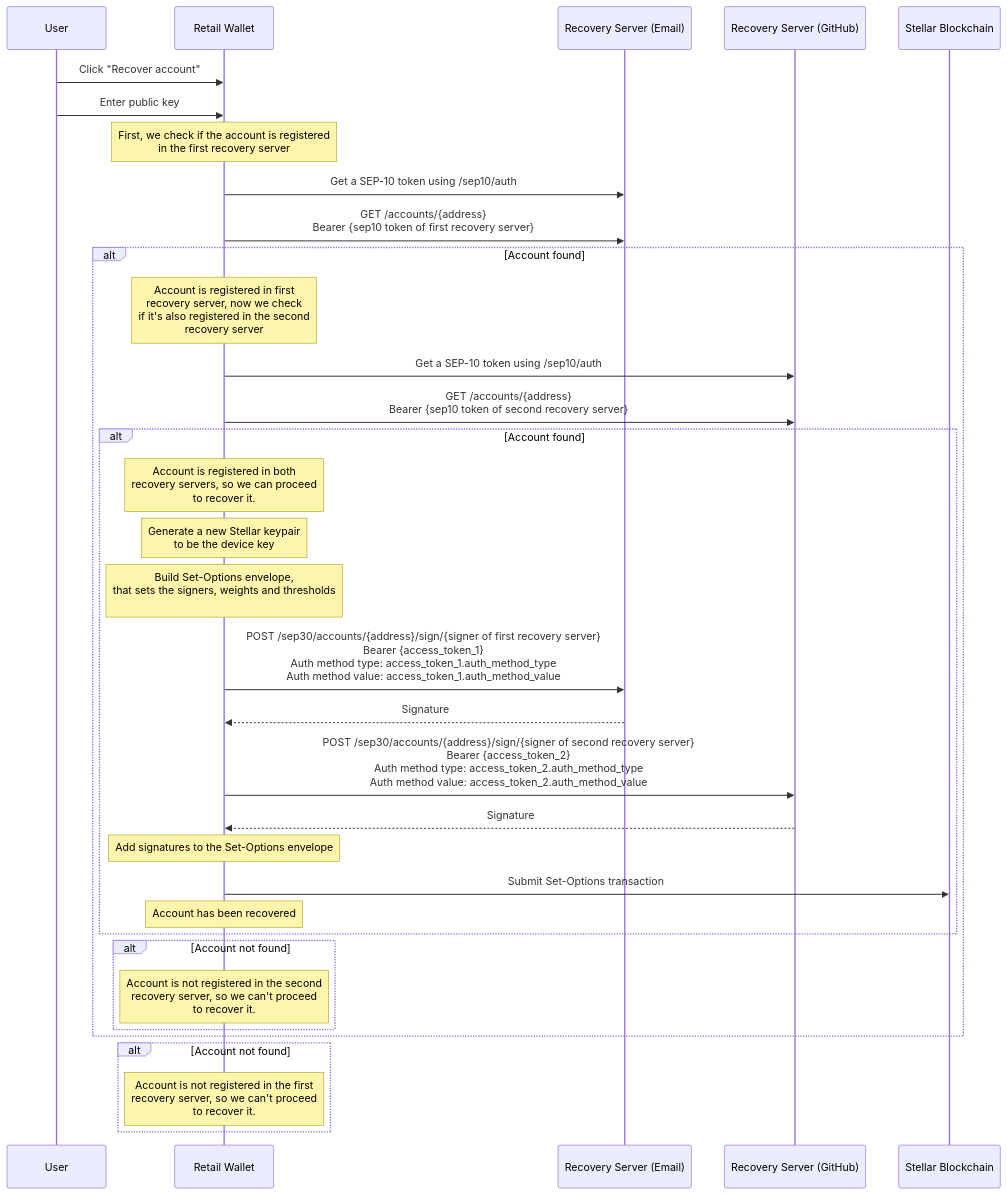
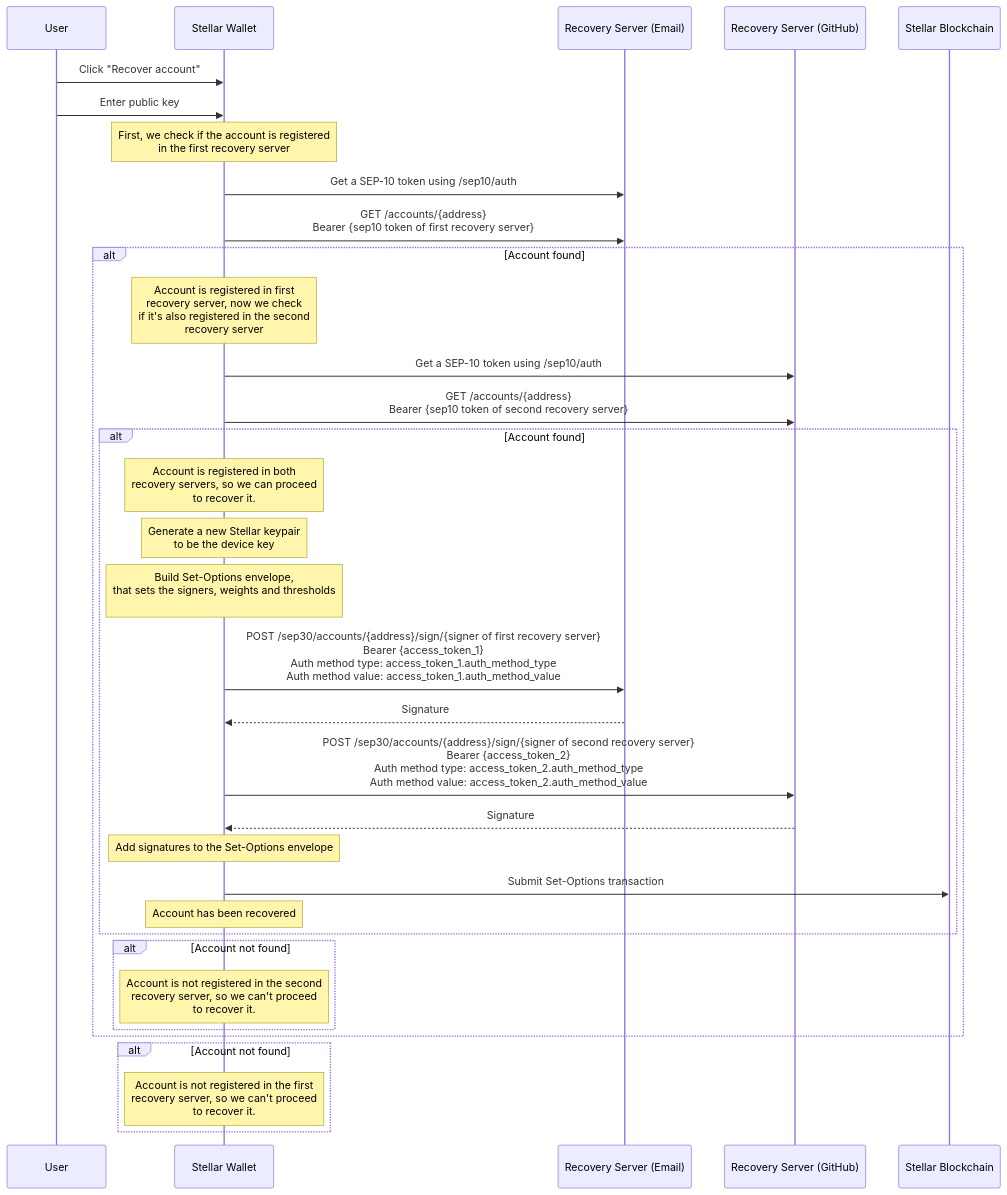
The second of 2 diagrams in README.md (bp-ventures/sep30-docs), drawn with Mermaid before and after one commit.

````diff
--- a/README.md
+++ b/README.md
@@ -132,36 +132,36 @@
 ```mermaid
 sequenceDiagram
     participant U as User
-    participant W as Retail Wallet
+    participant W as Stellar Wallet
     participant RS1 as Recovery Server (Email)
     participant RS2 as Recovery Server (GitHub)
     participant S as Stellar Blockchain
     U->>W: Click "Recover account"
     U->>W: Enter public key
     Note over W: First, we check if the account is registered<br>in the first recovery server
     W->>RS1: Get a SEP-10 token using /sep10/auth
     W->>RS1: GET /accounts/{address}<br>Bearer {sep10 token of first recovery server}
     alt Account found
         Note over W: Account is registered in first<br>recovery server, now we check<br>if it's also registered in the second<br>recovery server
         W->>RS2: Get a SEP-10 token using /sep10/auth
         W->>RS2: GET /accounts/{address}<br>Bearer {sep10 token of second recovery server}
         alt Account found
             Note over W: Account is registered in both<br>recovery servers, so we can proceed<br>to recover it.
             Note over W: Generate a new Stellar keypair<br>to be the device key
             Note over W: Build Set-Options envelope,<br>that sets the signers, weights and thresholds<br>
             W->>RS1: POST /sep30/accounts/{address}/sign/{signer of first recovery server}<br>Bearer {access_token_1}<br>Auth method type: access_token_1.auth_method_type<br>Auth method value: access_token_1.auth_method_value
             RS1-->>W: Signature
             W->>RS2: POST /sep30/accounts/{address}/sign/{signer of second recovery server}<br>Bearer {access_token_2}<br>Auth method type: access_token_2.auth_method_type<br>Auth method value: access_token_2.auth_method_value
             RS2-->>W: Signature
             Note over W: Add signatures to the Set-Options envelope
             W->>S: Submit Set-Options transaction
             Note over W: Account has been recovered
         end
         alt Account not found
             Note over W: Account is not registered in the second<br>recovery server, so we can't proceed<br>to recover it.
         end
     end
     alt Account not found
         Note over W: Account is not registered in the first<br>recovery server, so we can't proceed<br>to recover it.
     end
 ```
````
